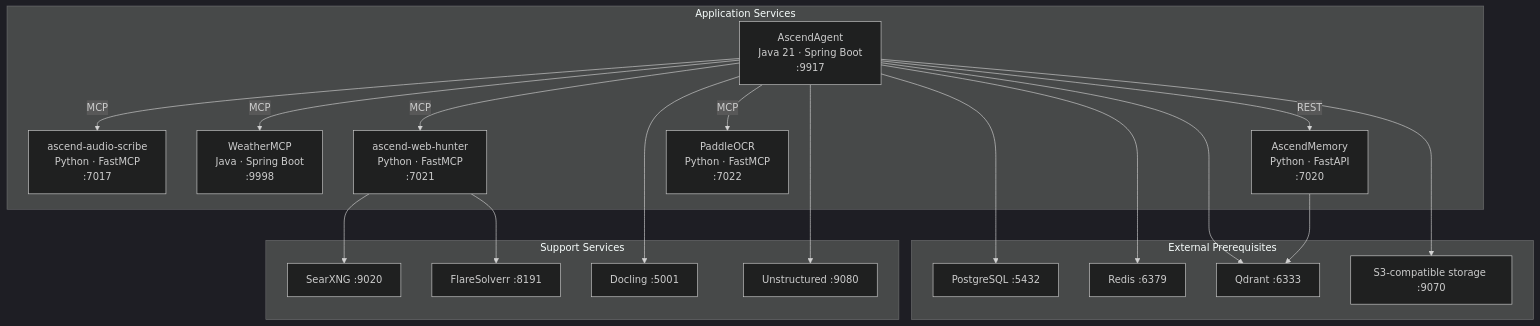
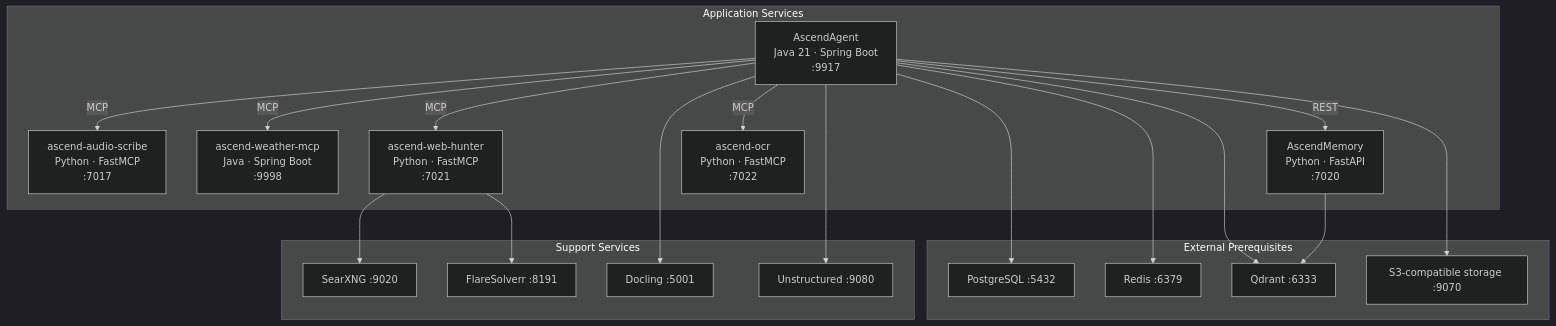
Before and after one commit to Lukk17/AscendAI: the first of 3 diagrams in docs/architecture/arc42/03-building-blocks.md, drawn with Mermaid (dark theme). The commit also changed other lines of this file and 446 other files, not shown here.

````diff
--- a/docs/architecture/arc42/03-building-blocks.md
+++ b/docs/architecture/arc42/03-building-blocks.md
@@ -7,40 +7,40 @@
 ```mermaid
 graph TB
     subgraph "Application Services"
         Agent["AscendAgent<br/>Java 21 · Spring Boot<br/>:9917"]
         AudioScribe["ascend-audio-scribe<br/>Python · FastMCP<br/>:7017"]
-        Weather["WeatherMCP<br/>Java · Spring Boot<br/>:9998"]
+        Weather["ascend-weather-mcp<br/>Java · Spring Boot<br/>:9998"]
         WebHunter["ascend-web-hunter<br/>Python · FastMCP<br/>:7021"]
         Memory["AscendMemory<br/>Python · FastAPI<br/>:7020"]
-        PaddleOCR["PaddleOCR<br/>Python · FastMCP<br/>:7022"]
+        PaddleOCR["ascend-ocr<br/>Python · FastMCP<br/>:7022"]
     end
 
     subgraph "External Prerequisites"
         Postgres["PostgreSQL :5432"]
         Redis["Redis :6379"]
         Qdrant["Qdrant :6333"]
         S3["S3-compatible storage :9070"]
     end
 
     subgraph "Support Services"
         SearXNG["SearXNG :9020"]
         Flare["FlareSolverr :8191"]
         Docling["Docling :5001"]
         Unstructured["Unstructured :9080"]
     end
 
     Agent -->|"MCP"| AudioScribe
     Agent -->|"MCP"| Weather
     Agent -->|"MCP"| WebHunter
     Agent -->|"MCP"| PaddleOCR
     Agent -->|"REST"| Memory
     Agent --> Postgres
     Agent --> Redis
     Agent --> Qdrant
     Agent --> S3
     Agent --> Docling
     Agent --> Unstructured
     WebHunter --> SearXNG
     WebHunter --> Flare
     Memory --> Qdrant
 ```
````
